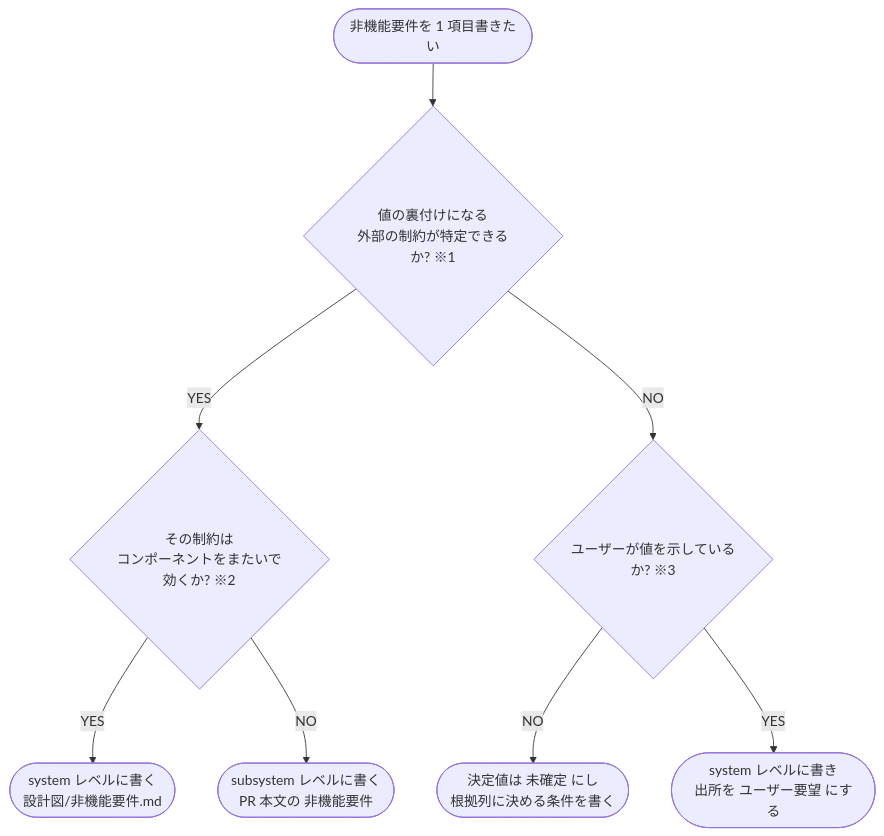
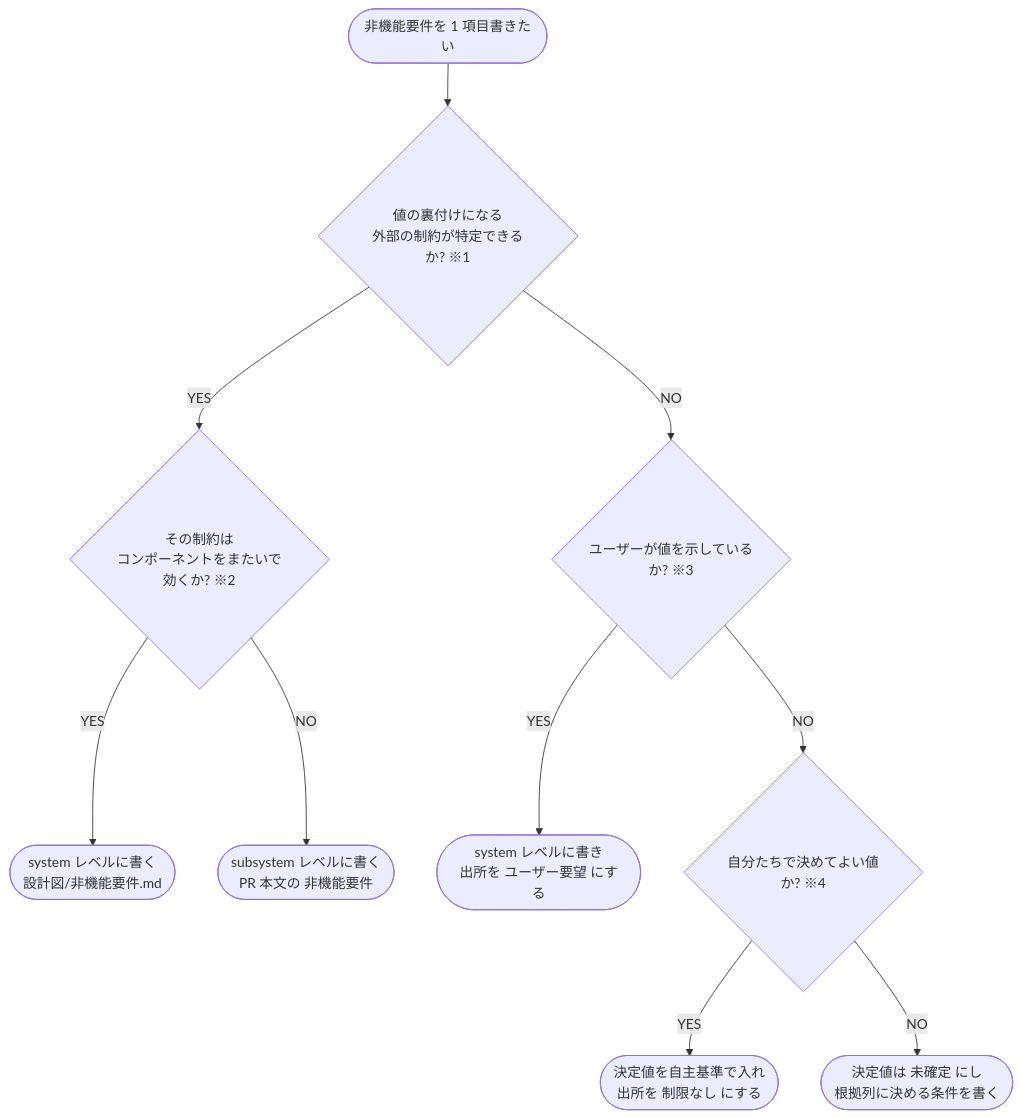
One commit to shuhei1101/ai-monitor changed the diagram in docs/wiki/判定フローチャート/非機能要件のレイヤー.md. Above: the diagram before and after it, drawn with Mermaid. The commit also changed other lines of this file and 108 other files, not shown here.

````diff
--- a/docs/wiki/判定フローチャート/非機能要件のレイヤー.md
+++ b/docs/wiki/判定フローチャート/非機能要件のレイヤー.md
@@ -7,20 +7,24 @@
 ```mermaid
 flowchart TD
   START([非機能要件を 1 項目書きたい])
   Q0{値の裏付けになる<br/>外部の制約が特定できるか? ※1}
   Q1{その制約は<br/>コンポーネントをまたいで効くか? ※2}
   Q2{ユーザーが値を示しているか? ※3}
+  Q3{自分たちで決めてよい値か? ※4}
 
   A1([決定値は 未確定 にし<br/>根拠列に決める条件を書く])
   R1([system レベルに書く<br/>設計図/非機能要件.md])
   R2([subsystem レベルに書く<br/>PR 本文の 非機能要件])
   R3([system レベルに書き<br/>出所を ユーザー要望 にする])
+  R4([決定値を自主基準で入れ<br/>出所を 制限なし にする])
 
   START --> Q0
   Q0 -->|YES| Q1
   Q0 -->|NO| Q2
   Q1 -->|YES| R1
   Q1 -->|NO| R2
-  Q2 -->|NO| A1
   Q2 -->|YES| R3
+  Q2 -->|NO| Q3
+  Q3 -->|YES| R4
+  Q3 -->|NO| A1
 ```
````
